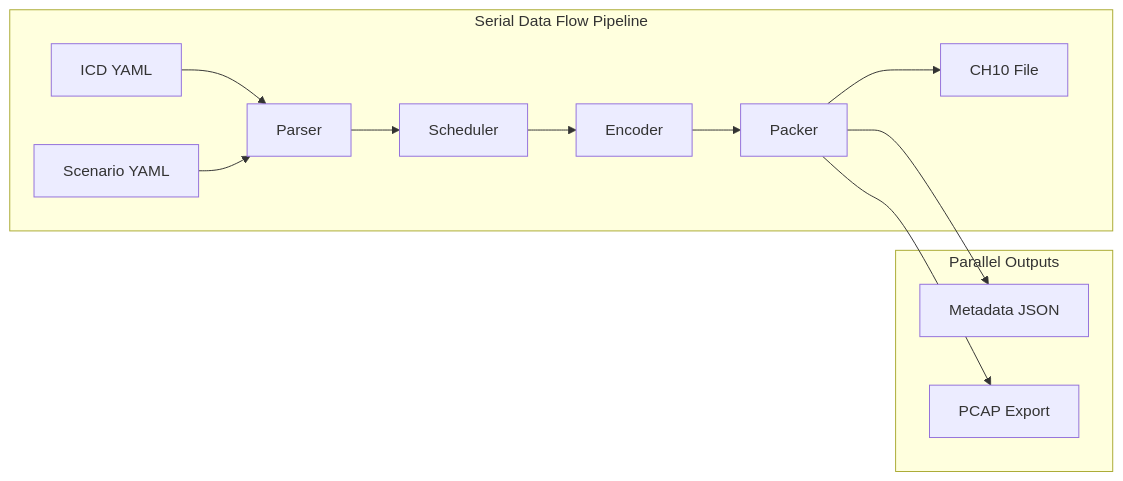
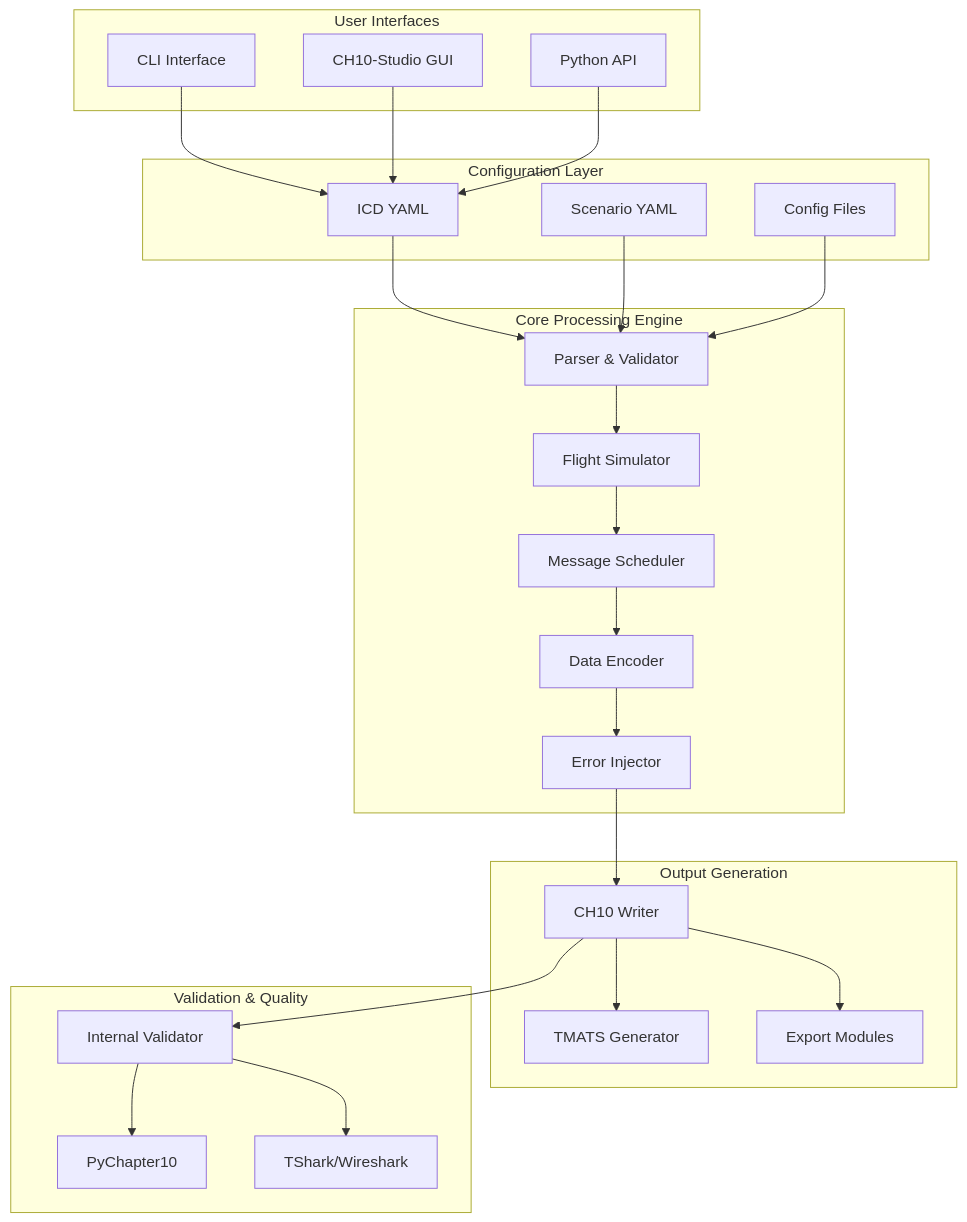
One commit to Anthonymm0994/ch10-1553-flightgen changed the fourth of 8 diagrams in high_level_docs/LEVEL_1_HIGH_LEVEL_OVERVIEW.md. Above: the diagram before and after it, drawn with Mermaid. The commit also changed other lines of this file and 2 other files, not shown here.

````diff
--- a/high_level_docs/LEVEL_1_HIGH_LEVEL_OVERVIEW.md
+++ b/high_level_docs/LEVEL_1_HIGH_LEVEL_OVERVIEW.md
@@ -166,27 +168,55 @@
 ```mermaid
-graph LR
-    subgraph "Serial Data Flow Pipeline"
+graph TB
+    subgraph "User Interfaces"
+        CLI[CLI Interface]
+        GUI[CH10-Studio GUI]
+        API[Python API]
+    end
+    
+    subgraph "Configuration Layer"
         ICD[ICD YAML]
         SCEN[Scenario YAML]
-        PARSE[Parser]
-        SCHED[Scheduler]
-        ENC[Encoder]
-        PACK[Packer]
-        CH10[CH10 File]
+        CONFIG[Config Files]
     end
+    
+    subgraph "Core Processing Engine"
+        PARSE[Parser & Validator]
+        SIM[Flight Simulator]
+        SCHED[Message Scheduler]
+        ENC[Data Encoder]
+        ERR[Error Injector]
+    end
+    
+    subgraph "Output Generation"
+        WRITER[CH10 Writer]
+        TMATS[TMATS Generator]
+        EXPORT[Export Modules]
+    end
+    
+    subgraph "Validation & Quality"
+        VAL[Internal Validator]
+        PYCH[PyChapter10]
+        TSHARK[TShark/Wireshark]
+    end
+    
+    CLI --> ICD
+    GUI --> ICD
+    API --> ICD
     
     ICD --> PARSE
     SCEN --> PARSE
-    PARSE --> SCHED
+    CONFIG --> PARSE
+    
+    PARSE --> SIM
+    SIM --> SCHED
     SCHED --> ENC
-    ENC --> PACK
-    PACK --> CH10
+    ENC --> ERR
+    ERR --> WRITER
     
-    subgraph "Parallel Outputs"
-        META[Metadata JSON]
-        PCAP[PCAP Export]
-    end
+    WRITER --> TMATS
+    WRITER --> EXPORT
+    WRITER --> VAL
     
-    PACK --> META
-    PACK --> PCAP
+    VAL --> PYCH
+    VAL --> TSHARK
 ```
````
